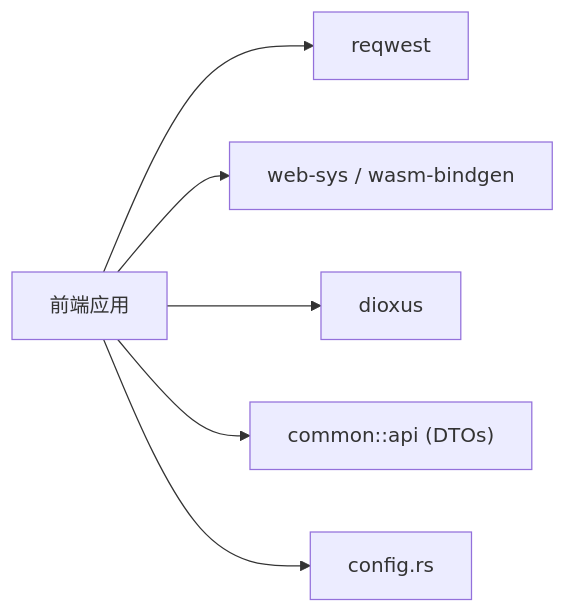
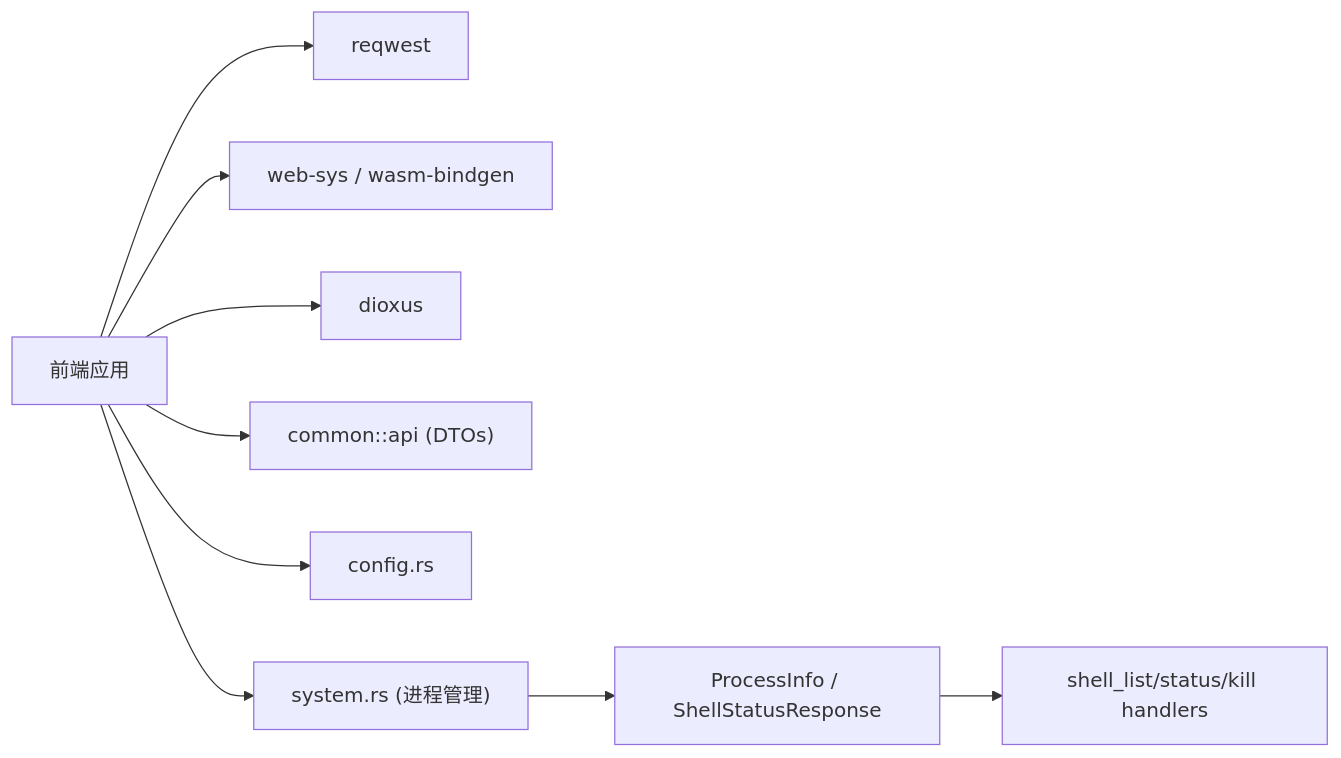
The fifth of 5 diagrams in .qoder/repowiki/zh/content/前端应用/API 客户端.md (runningcoders/ai_orz), drawn with Mermaid before and after one commit. The commit also changed other lines of this file and 299 other files, not shown here.

````diff
--- a/.qoder/repowiki/zh/content/前端应用/API 客户端.md
+++ b/.qoder/repowiki/zh/content/前端应用/API 客户端.md
@@ -267,8 +331,11 @@
 ```mermaid
 graph LR
 FE["前端应用"] --> REQ["reqwest"]
 FE --> WS["web-sys / wasm-bindgen"]
 FE --> DX["dioxus"]
 FE --> COM["common::api (DTOs)"]
 FE --> CFG["config.rs"]
+FE --> SYS["system.rs (进程管理)"]
+SYS --> PROC["ProcessInfo / ShellStatusResponse"]
+PROC --> HANDLER["shell_list/status/kill handlers"]
 ```
````
